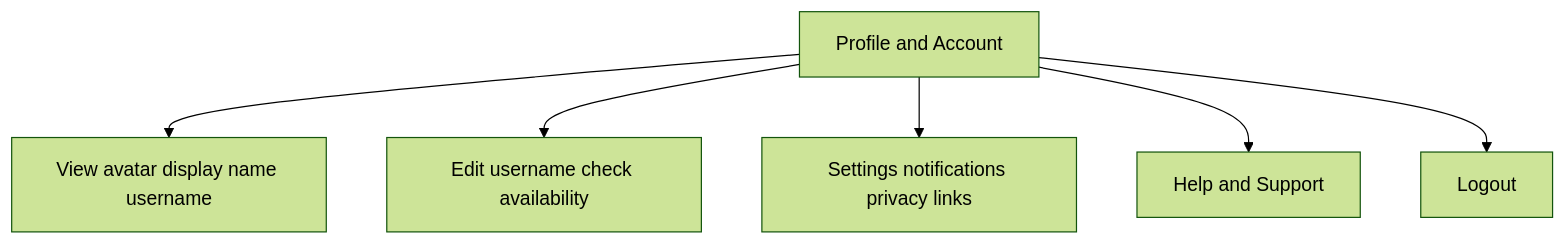
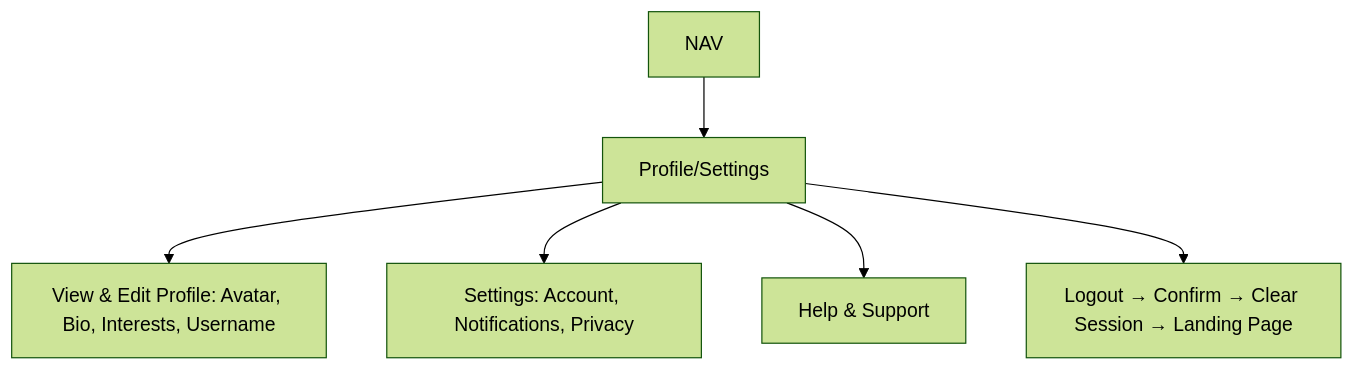
Before and after one commit to SrikanthKoti/nxtup_design: the fifth of 5 diagrams in nxtup_new_userflows.md, drawn with Mermaid (forest theme). The commit also changed other lines of this file, not shown here.

````diff
--- a/nxtup_new_userflows.md
+++ b/nxtup_new_userflows.md
@@ -189,8 +125,8 @@
 ```mermaid
 flowchart TD
-  PR0[Profile and Account] --> PR1[View avatar display name username]
-  PR0 --> PR2[Edit username check availability]
-  PR0 --> PR3[Settings notifications privacy links]
-  PR0 --> PR4[Help and Support]
-  PR0 --> PR5[Logout]
+  NAV --> PR[Profile/Settings]
+  PR --> P1[View & Edit Profile: Avatar, Bio, Interests, Username]
+  PR --> P2[Settings: Account, Notifications, Privacy]
+  PR --> P3[Help & Support]
+  PR --> P4[Logout → Confirm → Clear Session → Landing Page]
 ```
````
